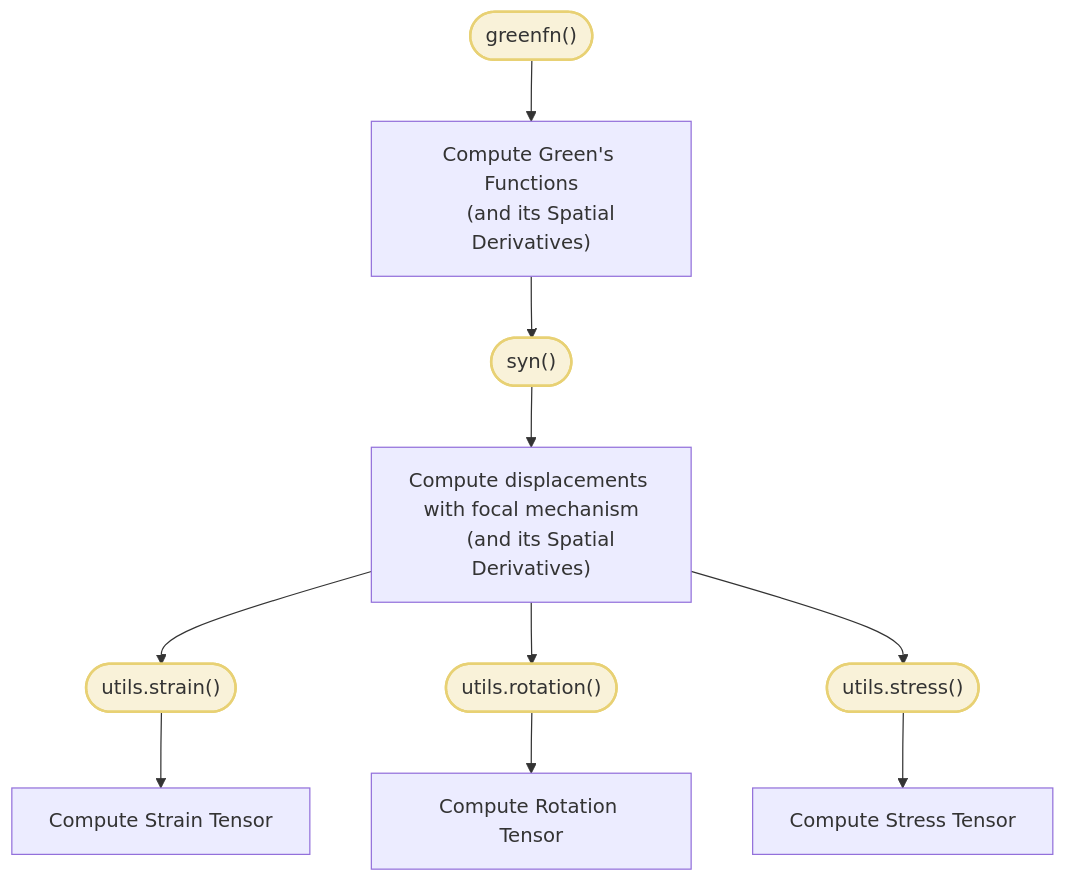
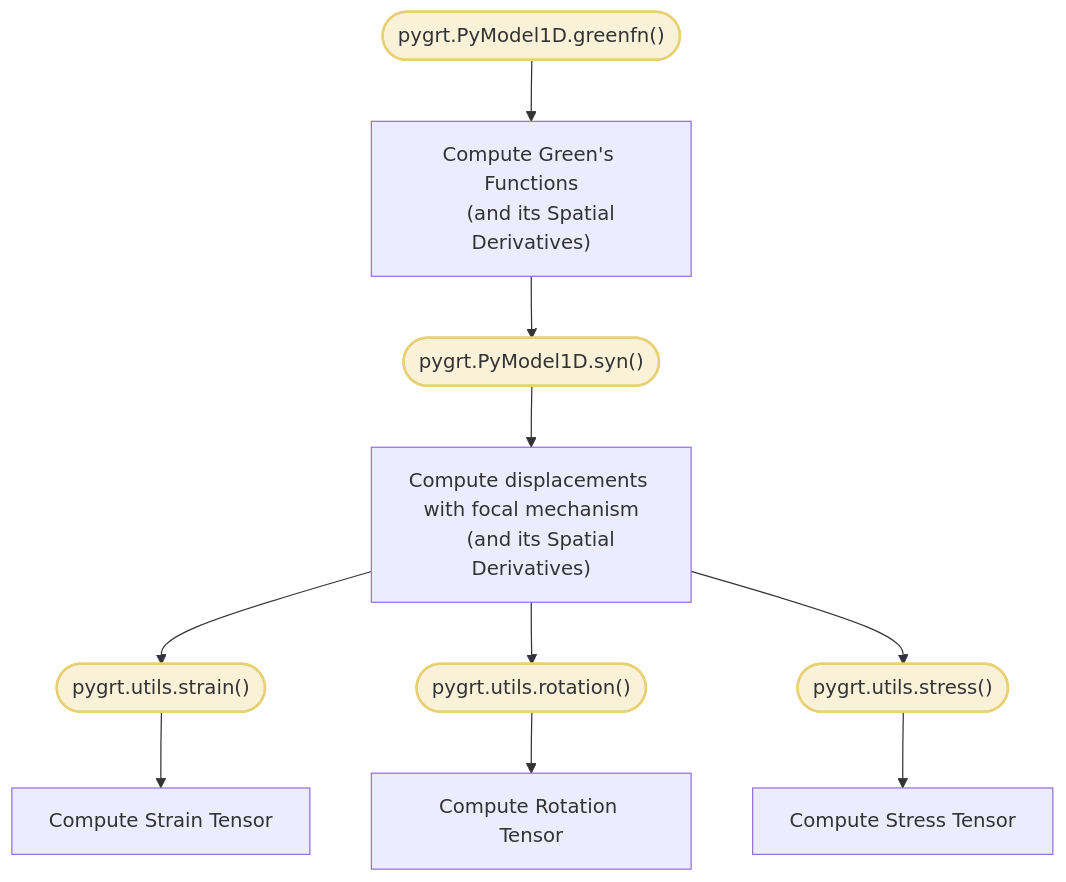
The first of 2 diagrams in docs/source/Tutorial/dynamic/index.rst (Dengda98/PyGRT), drawn with Mermaid before and after one commit. The commit also changed 1 other file, not shown here.

Commit message:
update mermaid in Tutorial/index

```diff
--- a/docs/source/Tutorial/dynamic/index.rst
+++ b/docs/source/Tutorial/dynamic/index.rst
@@ -11,26 +11,26 @@
 .. mermaid::
 
     flowchart TB 
 
-        GG(["greenfn()"])
-        SS(["syn()"])
-        EE(["utils.strain()"])
-        RR(["utils.rotation()"])
-        TT(["utils.stress()"])
+        GG(["pygrt.PyModel1D.greenfn()"])
+        SS(["pygrt.PyModel1D.syn()"])
+        EE(["pygrt.utils.strain()"])
+        RR(["pygrt.utils.rotation()"])
+        TT(["pygrt.utils.stress()"])
 
         G["Compute Green's Functions
         (and its Spatial Derivatives)"]
         S["Compute displacements with focal mechanism
         (and its Spatial Derivatives)"]
         E["Compute Strain Tensor"]
         R["Compute Rotation Tensor"]
         T["Compute Stress Tensor"]
 
         GG --> G
         G --> SS --> S
         S --> EE --> E
         S --> RR --> R
         S --> TT --> T
         
         classDef cmdcls fill:#f9f2d9,stroke:#e8d174,stroke-width:2px,color:#333;
         class GG,SS,EE,RR,TT cmdcls
```
